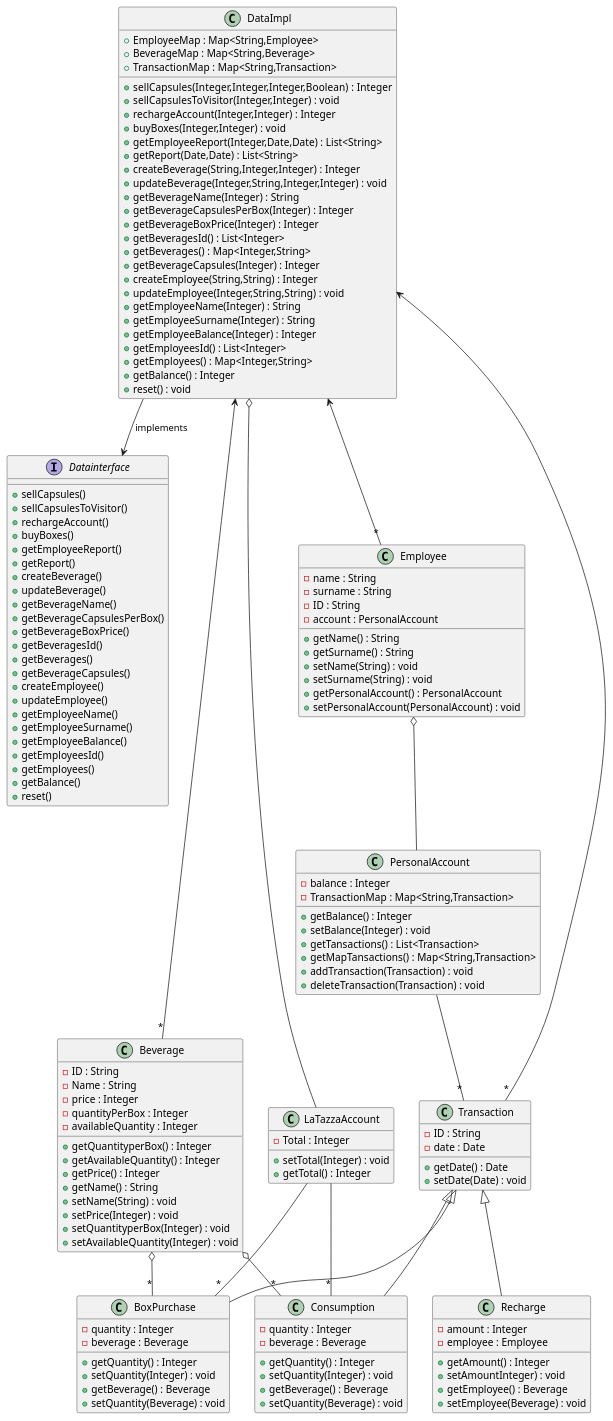
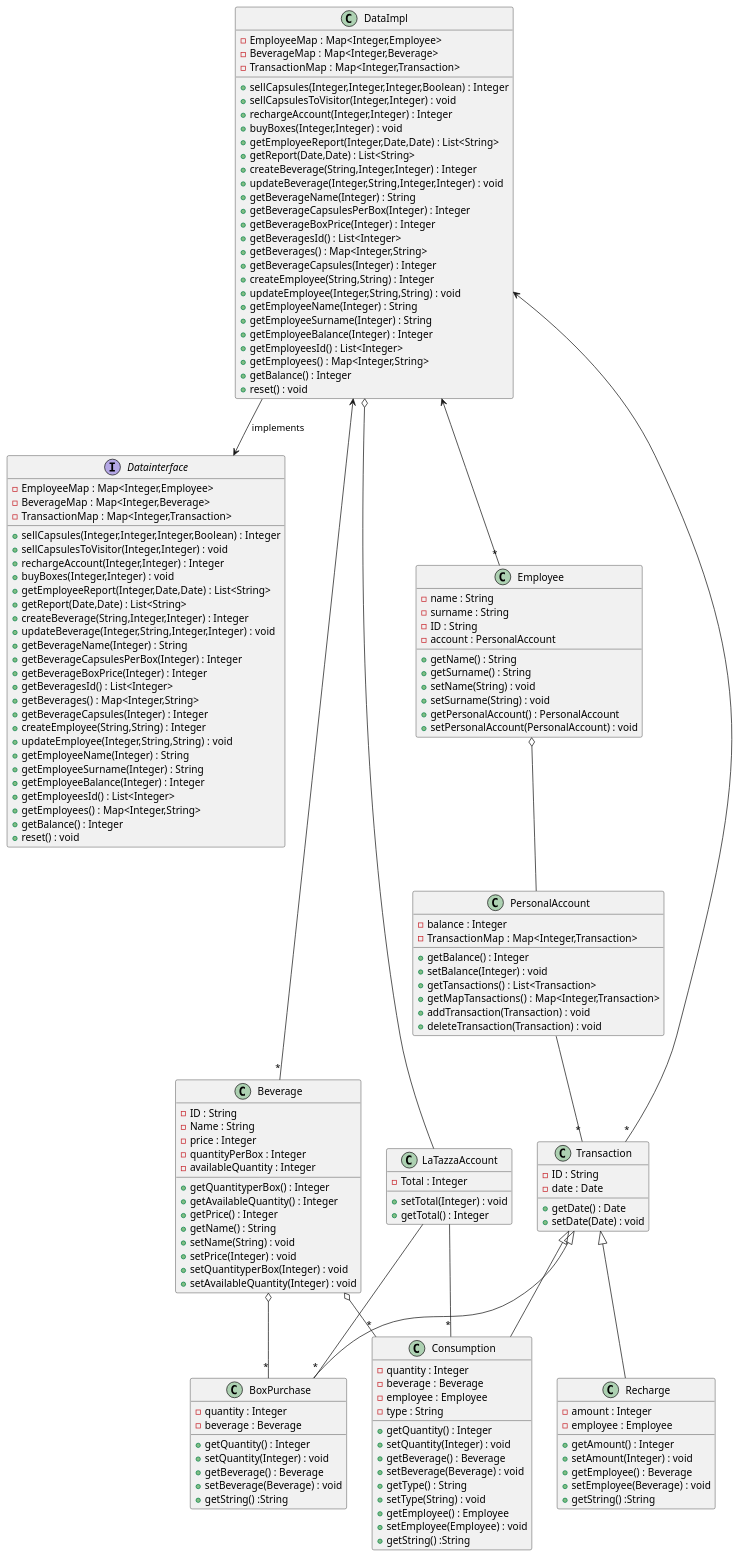
One commit to salvatore-dimartino/LaTazza changed the third of 7 diagrams in templates/DesignDocumentTemplate.md. Above: the diagram before and after it, drawn with PlantUML.

```diff
--- a/templates/DesignDocumentTemplate.md
+++ b/templates/DesignDocumentTemplate.md
@@ -76,36 +76,40 @@
 allowmixing
 
 interface Datainterface {
-    +sellCapsules()
-    +sellCapsulesToVisitor()
-    +rechargeAccount()
-    +buyBoxes()
-    +getEmployeeReport()
-    +getReport()
-    +createBeverage()
-    +updateBeverage()
-    +getBeverageName()
-    +getBeverageCapsulesPerBox()
-    +getBeverageBoxPrice()
-    +getBeveragesId()
-    +getBeverages()
-    +getBeverageCapsules()
-    +createEmployee()
-    +updateEmployee()
-    +getEmployeeName()
-    +getEmployeeSurname()
-    +getEmployeeBalance()
-    +getEmployeesId()
-    +getEmployees()
-    +getBalance()
-    +reset()
+    -EmployeeMap : Map<Integer,Employee>
+    -BeverageMap : Map<Integer,Beverage>
+    -TransactionMap : Map<Integer,Transaction>
+    
+    +sellCapsules(Integer,Integer,Integer,Boolean) : Integer
+    +sellCapsulesToVisitor(Integer,Integer) : void
+    +rechargeAccount(Integer,Integer) : Integer
+    +buyBoxes(Integer,Integer) : void
+    +getEmployeeReport(Integer,Date,Date) : List<String>
+    +getReport(Date,Date) : List<String>
+    +createBeverage(String,Integer,Integer) : Integer
+    +updateBeverage(Integer,String,Integer,Integer) : void 
+    +getBeverageName(Integer) : String 
+    +getBeverageCapsulesPerBox(Integer) : Integer
+    +getBeverageBoxPrice(Integer) : Integer
+    +getBeveragesId() : List<Integer>
+    +getBeverages() : Map<Integer,String>
+    +getBeverageCapsules(Integer) : Integer
+    +createEmployee(String,String) : Integer 
+    +updateEmployee(Integer,String,String) : void
+    +getEmployeeName(Integer) : String
+    +getEmployeeSurname(Integer) : String
+    +getEmployeeBalance(Integer) : Integer
+    +getEmployeesId() : List<Integer>
+    +getEmployees() : Map<Integer,String>
+    +getBalance() : Integer
+    +reset() : void
 }
 
 class DataImpl {
 
-    +EmployeeMap : Map<String,Employee>
-    +BeverageMap : Map<String,Beverage>
-    +TransactionMap : Map<String,Transaction>
+    -EmployeeMap : Map<Integer,Employee>
+    -BeverageMap : Map<Integer,Beverage>
+    -TransactionMap : Map<Integer,Transaction>
     
     +sellCapsules(Integer,Integer,Integer,Boolean) : Integer
     +sellCapsulesToVisitor(Integer,Integer) : void
@@ -136,12 +140,12 @@
 
 class PersonalAccount {
     -balance : Integer
-    -TransactionMap : Map<String,Transaction>
+    -TransactionMap : Map<Integer,Transaction>
     
     +getBalance() : Integer
     +setBalance(Integer) : void
     +getTansactions() : List<Transaction>
-    +getMapTansactions() : Map<String,Transaction>
+    +getMapTansactions() : Map<Integer,Transaction>
     +addTransaction(Transaction) : void
     +deleteTransaction(Transaction) : void
 }
@@ -191,7 +195,8 @@
     +getQuantity() : Integer
     +setQuantity(Integer) : void
     +getBeverage() : Beverage
-    +setQuantity(Beverage) : void
+    +setBeverage(Beverage) : void
+    +getString() :String
 }
 
 class Transaction {
@@ -226,19 +231,27 @@
     -employee : Employee
 
     +getAmount() : Integer
-    +setAmountInteger) : void
+    +setAmount(Integer) : void
     +getEmployee() : Beverage
     +setEmployee(Beverage) : void
+    +getString() :String
 }
 
 class Consumption {
     -quantity : Integer
     -beverage : Beverage
+    -employee : Employee
+    -type : String
     
     +getQuantity() : Integer
     +setQuantity(Integer) : void
     +getBeverage() : Beverage
-    +setQuantity(Beverage) : void
+    +setBeverage(Beverage) : void
+    +getType() : String
+    +setType(String) : void
+    +getEmployee() : Employee
+    +setEmployee(Employee) : void
+    +getString() :String
 }
 
 
```
